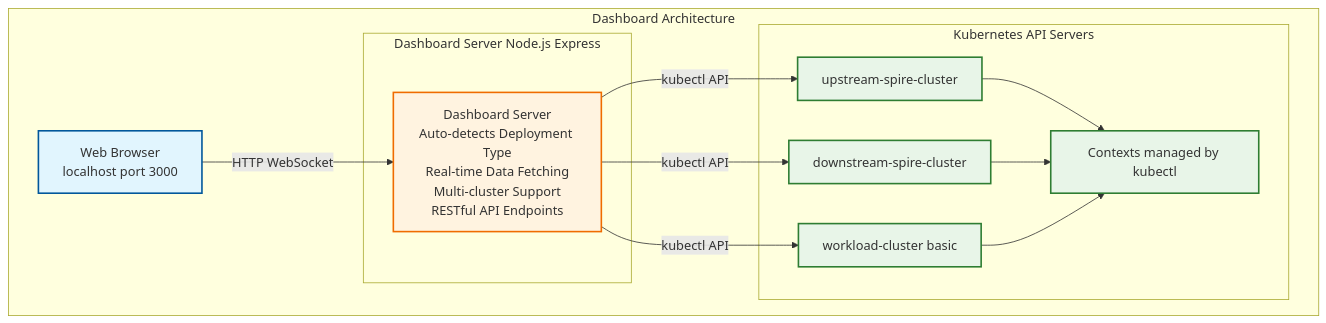
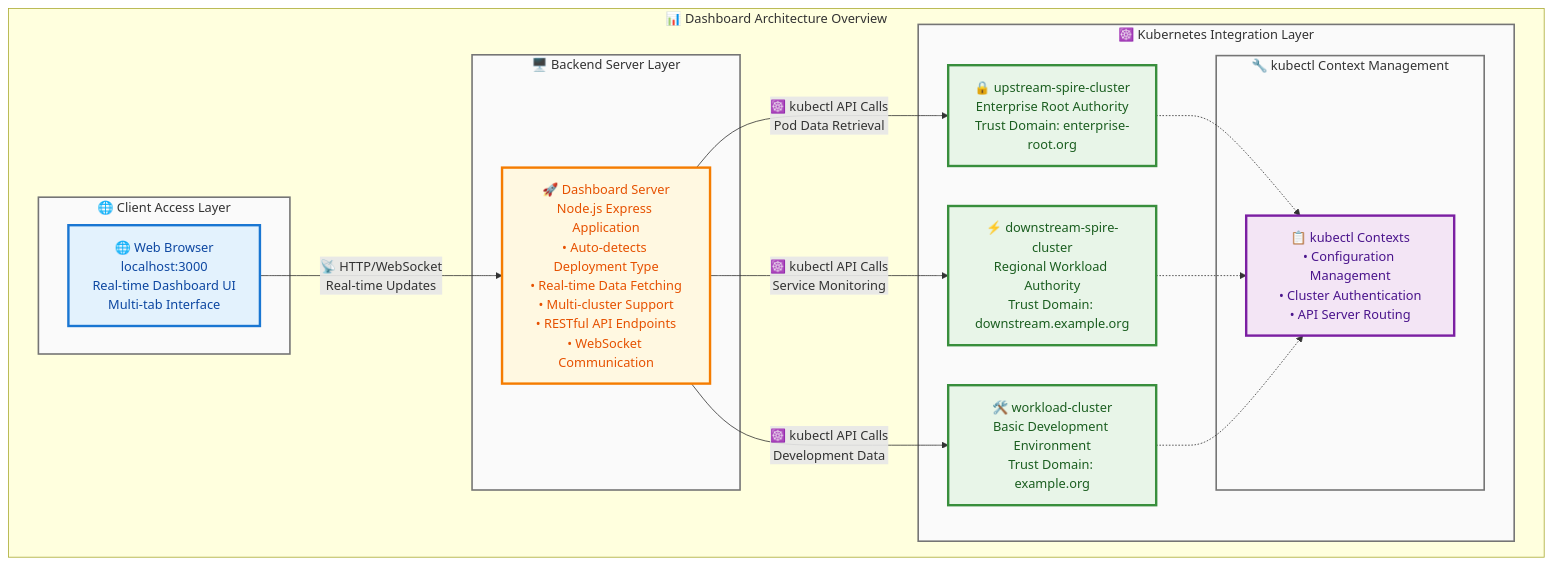
Before and after one commit to jfiser247/spire-dev: the seventh of 8 diagrams in docs/ARCHITECTURE_DIAGRAMS.md, drawn with Mermaid. The commit also changed other lines of this file, not shown here.

````diff
--- a/docs/ARCHITECTURE_DIAGRAMS.md
+++ b/docs/ARCHITECTURE_DIAGRAMS.md
@@ -357,35 +367,47 @@
 ```mermaid
 graph TD
-    subgraph "Dashboard Architecture"
-        WB[Web Browser<br/>localhost port 3000]
-        
-        subgraph "Dashboard Server Node.js Express"
-            DS[Dashboard Server<br/>Auto-detects Deployment Type<br/>Real-time Data Fetching<br/>Multi-cluster Support<br/>RESTful API Endpoints]
+    subgraph DASHBOARD_ARCH["📊 Dashboard Architecture Overview"]
+        subgraph CLIENT_LAYER["🌐 Client Access Layer"]
+            WB[🌐 Web Browser<br/>localhost:3000<br/>Real-time Dashboard UI<br/>Multi-tab Interface]
         end
         
-        subgraph "Kubernetes API Servers"
-            UAS[upstream-spire-cluster]
-            DAS[downstream-spire-cluster]
-            WAS[workload-cluster basic]
-            CM[Contexts managed by kubectl]
+        subgraph SERVER_LAYER["🖥️ Backend Server Layer"]
+            DS[🚀 Dashboard Server<br/>Node.js Express Application<br/>• Auto-detects Deployment Type<br/>• Real-time Data Fetching<br/>• Multi-cluster Support<br/>• RESTful API Endpoints<br/>• WebSocket Communication]
+        end
+        
+        subgraph K8S_LAYER["☸️ Kubernetes Integration Layer"]
+            UAS[🔒 upstream-spire-cluster<br/>Enterprise Root Authority<br/>Trust Domain: enterprise-root.org]
+            DAS[⚡ downstream-spire-cluster<br/>Regional Workload Authority<br/>Trust Domain: downstream.example.org]
+            WAS[🛠️ workload-cluster<br/>Basic Development Environment<br/>Trust Domain: example.org]
             
-            UAS --> CM
-            DAS --> CM
-            WAS --> CM
+            subgraph KUBECTL_LAYER["🔧 kubectl Context Management"]
+                CM[📋 kubectl Contexts<br/>• Configuration Management<br/>• Cluster Authentication<br/>• API Server Routing]
+            end
+            
+            UAS -.-> CM
+            DAS -.-> CM  
+            WAS -.-> CM
         end
     end
     
-    WB -->|HTTP WebSocket| DS
-    DS -->|kubectl API| UAS
-    DS -->|kubectl API| DAS
-    DS -->|kubectl API| WAS
+    %% Communication flows
+    WB -->|📡 HTTP/WebSocket<br/>Real-time Updates| DS
+    DS -->|☸️ kubectl API Calls<br/>Pod Data Retrieval| UAS
+    DS -->|☸️ kubectl API Calls<br/>Service Monitoring| DAS
+    DS -->|☸️ kubectl API Calls<br/>Development Data| WAS
     
-    %% Styling
-    classDef browser fill:#e1f5fe,stroke:#01579b,stroke-width:2px
-    classDef server fill:#fff3e0,stroke:#ef6c00,stroke-width:2px
-    classDef k8s fill:#e8f5e8,stroke:#2e7d32,stroke-width:2px
+    %% Enhanced styling
+    classDef browserStyle fill:#e3f2fd,stroke:#1976d2,stroke-width:3px,color:#0d47a1
+    classDef serverStyle fill:#fff8e1,stroke:#f57c00,stroke-width:3px,color:#e65100
+    classDef k8sStyle fill:#e8f5e8,stroke:#388e3c,stroke-width:3px,color:#1b5e20
+    classDef mgmtStyle fill:#f3e5f5,stroke:#7b1fa2,stroke-width:3px,color:#4a148c
+    classDef layerStyle fill:#fafafa,stroke:#757575,stroke-width:2px
     
-    class WB browser
-    class DS server
-    class UAS,DAS,WAS,CM k8s
+    class WB browserStyle
+    class DS serverStyle
+    class UAS,DAS,WAS k8sStyle
+    class CM mgmtStyle
+    
+    %% Layer containers
+    class CLIENT_LAYER,SERVER_LAYER,K8S_LAYER,KUBECTL_LAYER layerStyle
 ```
````
